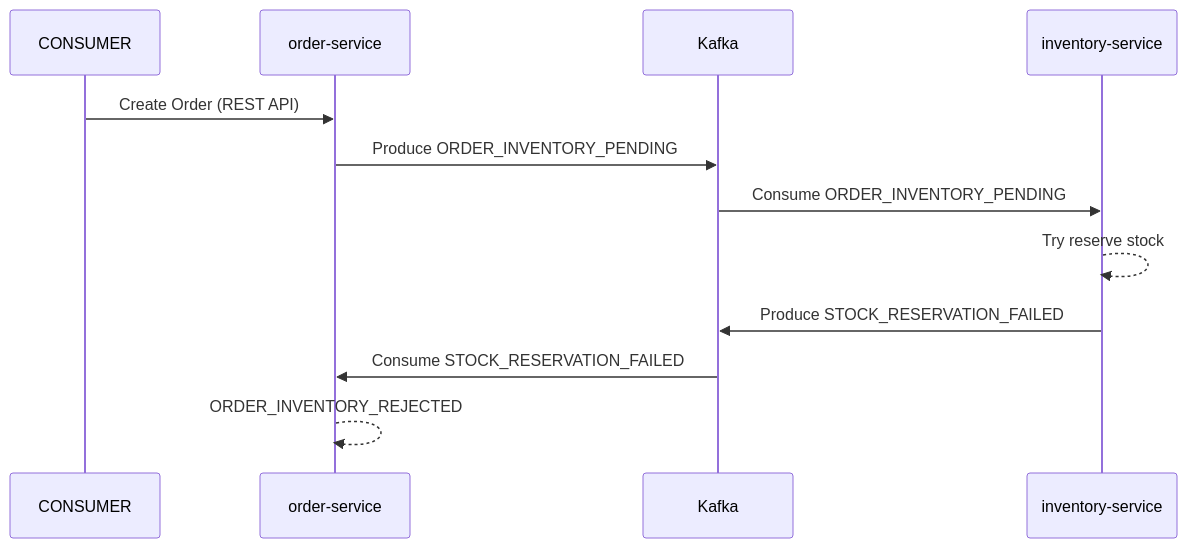
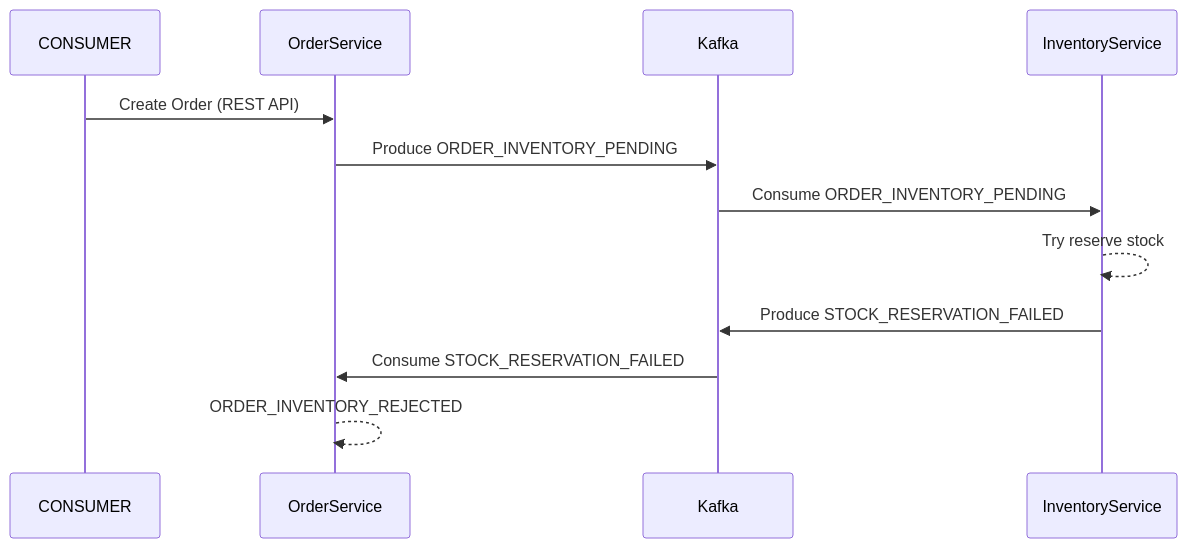
Before and after one commit to sevketbuyukdemir/microservices: the third of 7 diagrams in documents/FLOWS.md, drawn with Mermaid. The commit also changed other lines of this file and 2 other files, not shown here.

Commit message:
MICROSERVICES-24 - Architecture document is added. Flows document is updated.

````diff
--- a/documents/FLOWS.md
+++ b/documents/FLOWS.md
@@ -52,15 +52,15 @@
 ```mermaid
 sequenceDiagram
     participant C as CONSUMER
-    participant OS as order-service
+    participant OS as OrderService
     participant K as Kafka
-    participant IS as inventory-service
+    participant IS as InventoryService
 
     C->>OS: Create Order (REST API)
     OS->>K: Produce ORDER_INVENTORY_PENDING
     K->>IS: Consume ORDER_INVENTORY_PENDING
     IS-->>IS: Try reserve stock
     IS->>K: Produce STOCK_RESERVATION_FAILED
     K->>OS: Consume STOCK_RESERVATION_FAILED
     OS-->>OS: ORDER_INVENTORY_REJECTED
 ```
````
